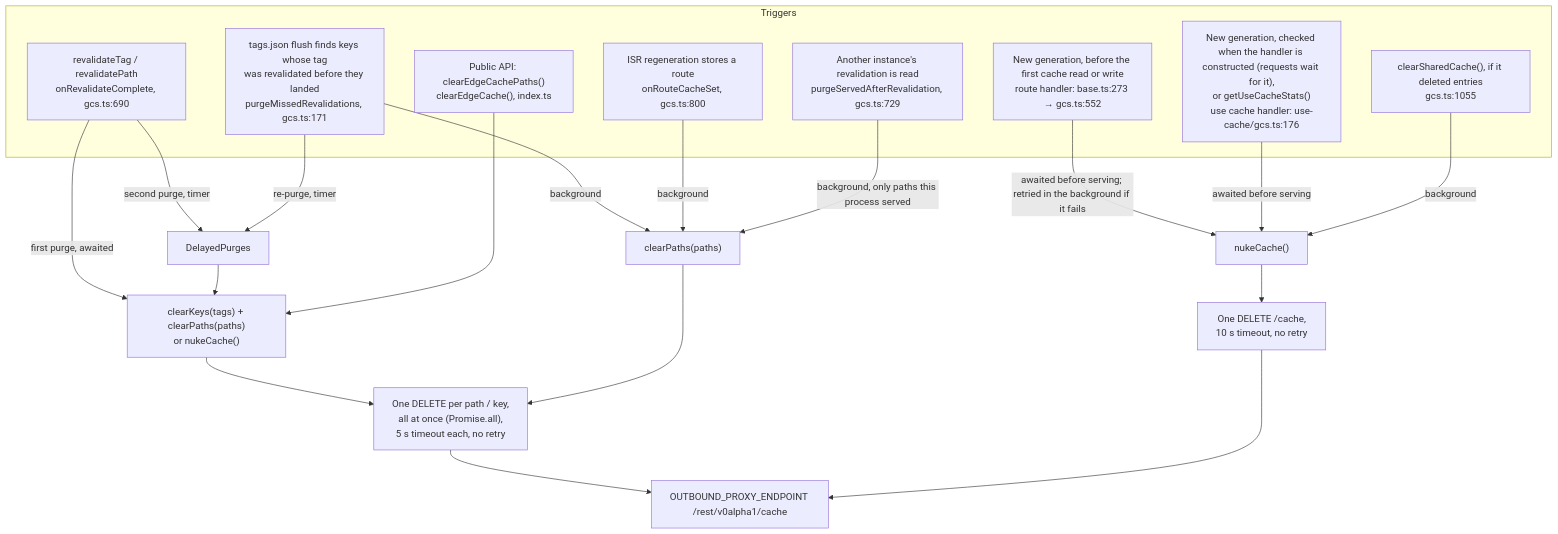
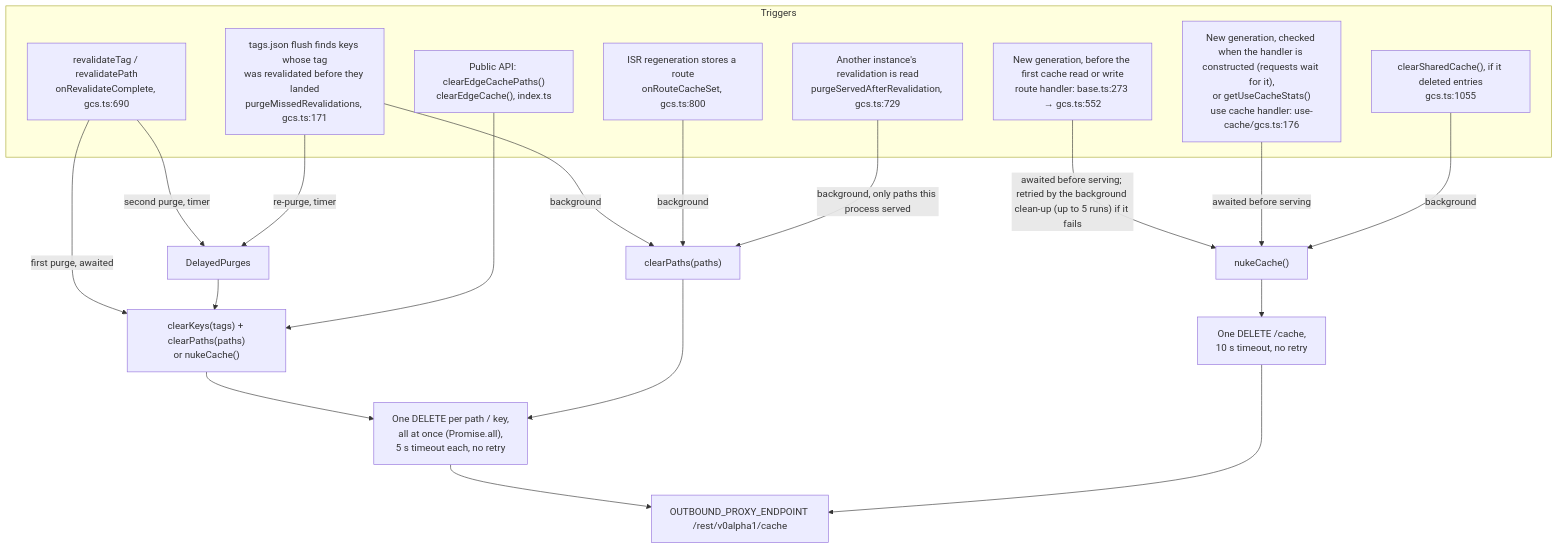
The fourth of 5 diagrams in ARCHITECTURE.md (pantheon-systems/nextjs-cache-handler), drawn with Mermaid before and after one commit. The commit also changed 19 other files, not shown here.

````diff
--- a/ARCHITECTURE.md
+++ b/ARCHITECTURE.md
@@ -212,31 +212,31 @@
 ```mermaid
 flowchart TB
   subgraph triggers["Triggers"]
     t1["revalidateTag / revalidatePath<br/>onRevalidateComplete, gcs.ts:690"]
     t2["ISR regeneration stores a route<br/>onRouteCacheSet, gcs.ts:800"]
     t3["tags.json flush finds keys whose tag<br/>was revalidated before they landed<br/>purgeMissedRevalidations, gcs.ts:171"]
     t4["New generation, before the first cache read or write<br/>route handler: base.ts:273 → gcs.ts:552"]
     t5["New generation, checked when the handler is constructed (requests wait for it),<br/>or getUseCacheStats()<br/>use cache handler: use-cache/gcs.ts:176"]
     t6["clearSharedCache(), if it deleted entries<br/>gcs.ts:1055"]
     t8["Another instance's revalidation is read<br/>purgeServedAfterRevalidation, gcs.ts:729"]
     t7["Public API: clearEdgeCachePaths()<br/>clearEdgeCache(), index.ts"]
   end
 
   t1 -- "first purge, awaited" --> keysPaths["clearKeys(tags) + clearPaths(paths)<br/>or nukeCache()"]
   t1 -- "second purge, timer" --> dp[DelayedPurges]
   t3 -- "background" --> paths1["clearPaths(paths)"]
   t3 -- "re-purge, timer" --> dp
   dp --> keysPaths
   t2 -- "background" --> paths1
-  t4 -- "awaited before serving; retried in the background if it fails" --> nuke["nukeCache()"]
+  t4 -- "awaited before serving; retried by the background clean-up (up to 5 runs) if it fails" --> nuke["nukeCache()"]
   t5 -- "awaited before serving" --> nuke
   t6 -- "background" --> nuke
   t7 --> keysPaths
   t8 -- "background, only paths this process served" --> paths1
 
   keysPaths --> fan["One DELETE per path / key,<br/>all at once (Promise.all),<br/>5 s timeout each, no retry"]
   paths1 --> fan
   nuke --> one["One DELETE /cache,<br/>10 s timeout, no retry"]
   fan --> proxy[OUTBOUND_PROXY_ENDPOINT /rest/v0alpha1/cache]
   one --> proxy
 ```
````
